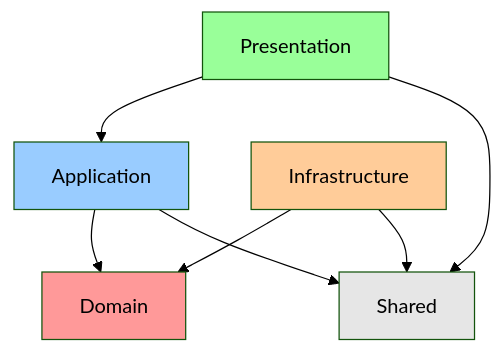
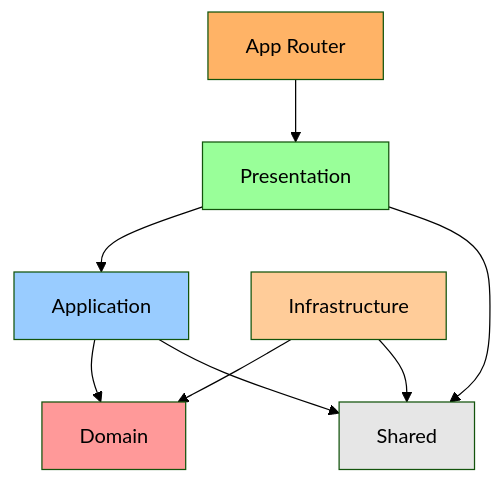
The first of 2 diagrams in docs/ARCHITECTURE.md (code-application/accustomed), drawn with Mermaid (forest theme) before and after one commit. The commit also changed other lines of this file and 4 other files, not shown here.

Commit message:
docs: update ARCHITECTURE document

````diff
--- a/docs/ARCHITECTURE.md
+++ b/docs/ARCHITECTURE.md
@@ -116,15 +122,17 @@
 ```mermaid
 graph TD
-    P[Presentation] --> A[Application]
+    APP[App Router] --> P[Presentation]
+    P --> A[Application]
     A --> D[Domain]
     I[Infrastructure] --> D
     P --> S[Shared]
     A --> S
     I --> S
 
     style D fill:#ff9999
     style A fill:#99ccff
     style P fill:#99ff99
     style I fill:#ffcc99
     style S fill:#e6e6e6
+    style APP fill:#ffb366
 ```
````
